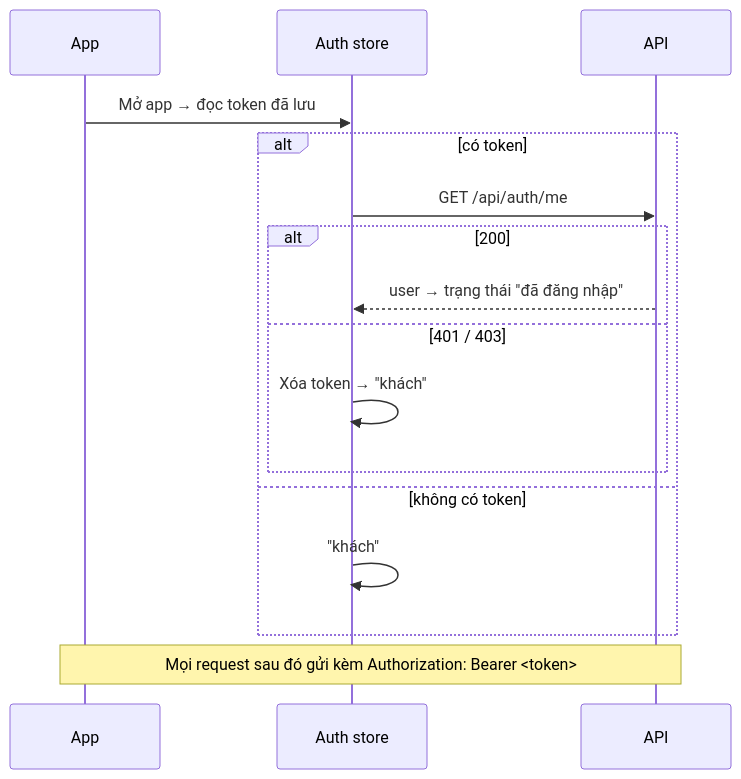
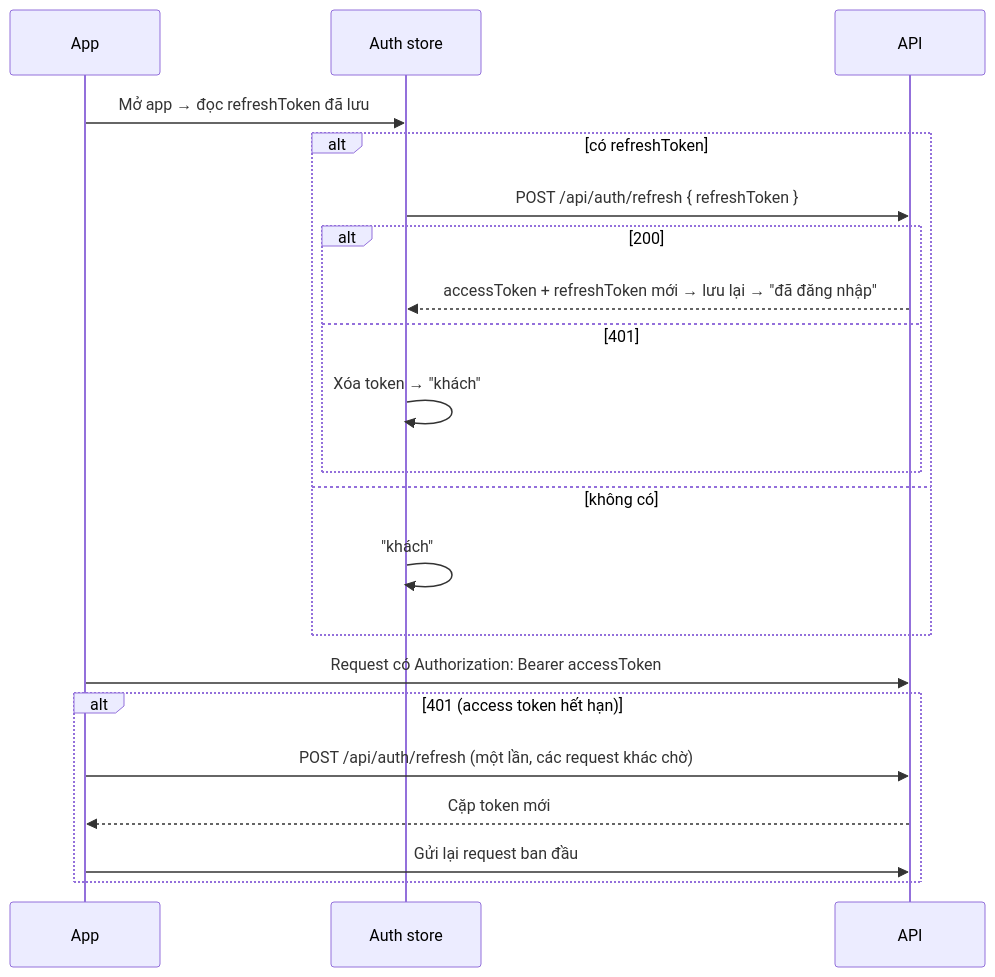
Before and after one commit to DangKhoa902/Mobile-Project-Travelling-App: the first of 14 diagrams in docs/01-dac-ta/luong-nghiep-vu.md, drawn with Mermaid. The commit also changed other lines of this file and 86 other files, not shown here.

````diff
--- a/docs/01-dac-ta/luong-nghiep-vu.md
+++ b/docs/01-dac-ta/luong-nghiep-vu.md
@@ -35,18 +37,23 @@
 ```mermaid
 sequenceDiagram
     participant App
     participant Store as Auth store
     participant API
-    App->>Store: Mở app → đọc token đã lưu
-    alt có token
-        Store->>API: GET /api/auth/me
+    App->>Store: Mở app → đọc refreshToken đã lưu
+    alt có refreshToken
+        Store->>API: POST /api/auth/refresh { refreshToken }
         alt 200
-            API-->>Store: user → trạng thái "đã đăng nhập"
-        else 401 / 403
+            API-->>Store: accessToken + refreshToken mới → lưu lại → "đã đăng nhập"
+        else 401
             Store->>Store: Xóa token → "khách"
         end
-    else không có token
+    else không có
         Store->>Store: "khách"
     end
-    Note over App,API: Mọi request sau đó gửi kèm Authorization: Bearer <token>
+    App->>API: Request có Authorization: Bearer accessToken
+    alt 401 (access token hết hạn)
+        App->>API: POST /api/auth/refresh (một lần, các request khác chờ)
+        API-->>App: Cặp token mới
+        App->>API: Gửi lại request ban đầu
+    end
 ```
````
